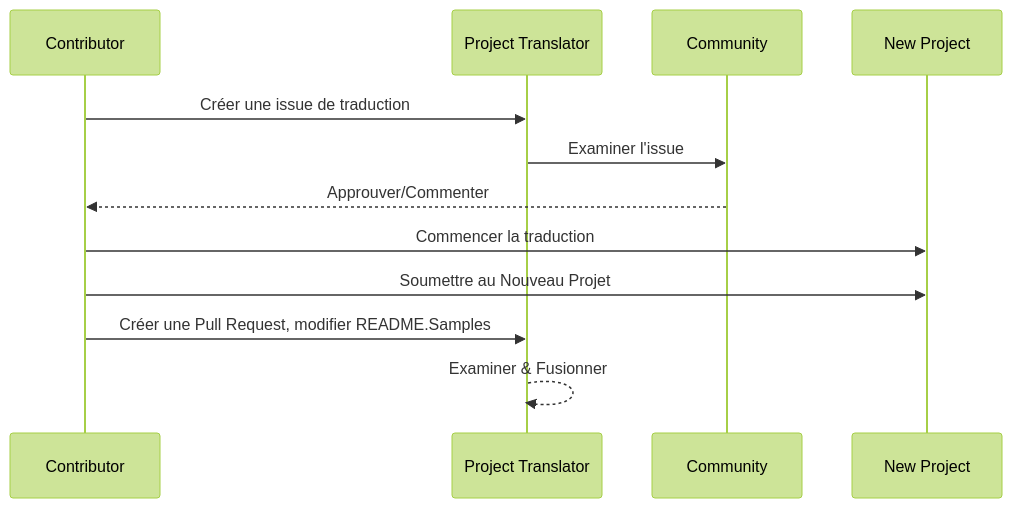
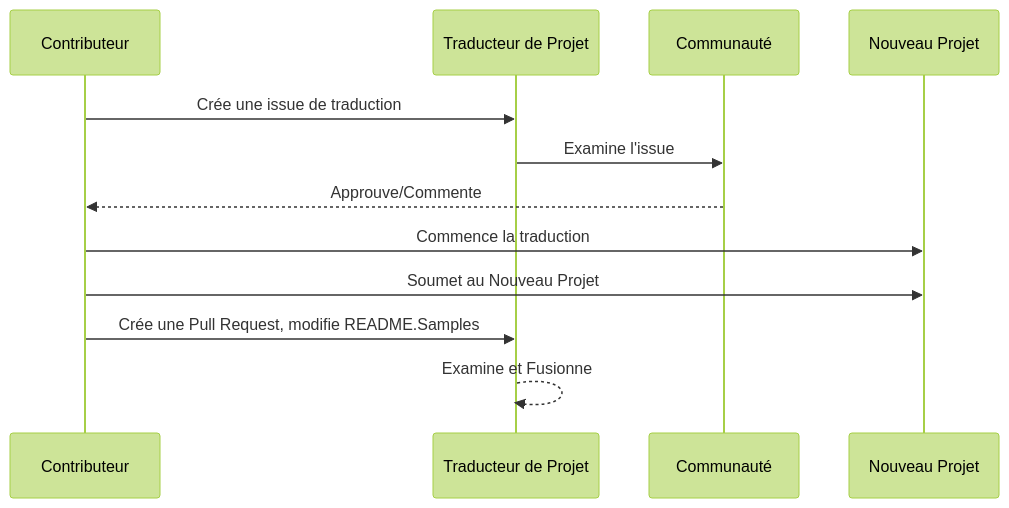
Before and after one commit to Project-Translation/project_translator: the diagram in readmes/README.fr-fr.md, drawn with Mermaid (forest theme). The commit also changed other lines of this file and 52 other files, not shown here.

````diff
--- a/readmes/README.fr-fr.md
+++ b/readmes/README.fr-fr.md
@@ -56,10 +63,10 @@
 ```mermaid
 sequenceDiagram
-  Contributor->>Project Translator: Créer une issue de traduction
-  Project Translator->>Community: Examiner l'issue
-  Community-->>Contributor: Approuver/Commenter
-  Contributor->>New Project: Commencer la traduction
-  Contributor->>New Project: Soumettre au Nouveau Projet
-  Contributor->>Project Translator: Créer une Pull Request, modifier README.Samples
-  Project Translator-->>Project Translator: Examiner & Fusionner
+  Contributeur->>Traducteur de Projet : Crée une issue de traduction
+  Traducteur de Projet->>Communauté : Examine l'issue
+  Communauté-->>Contributeur : Approuve/Commente
+  Contributeur->>Nouveau Projet : Commence la traduction
+  Contributeur->>Nouveau Projet : Soumet au Nouveau Projet
+  Contributeur->>Traducteur de Projet : Crée une Pull Request, modifie README.Samples
+  Traducteur de Projet-->>Traducteur de Projet : Examine et Fusionne
 ```
````
